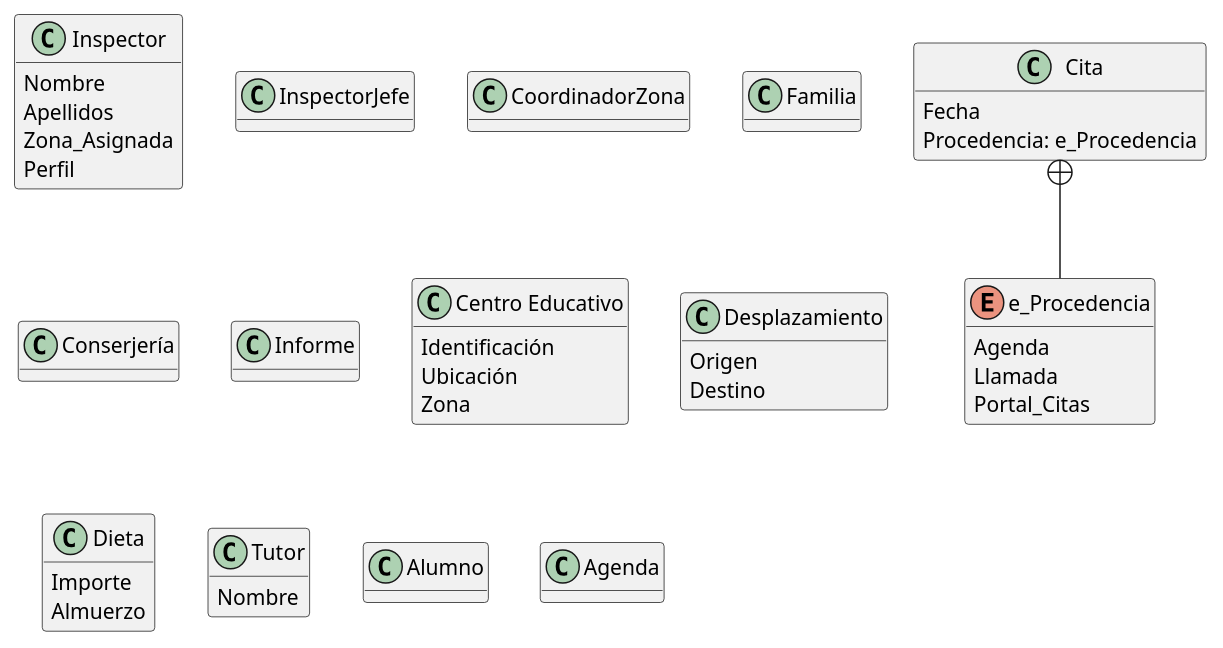
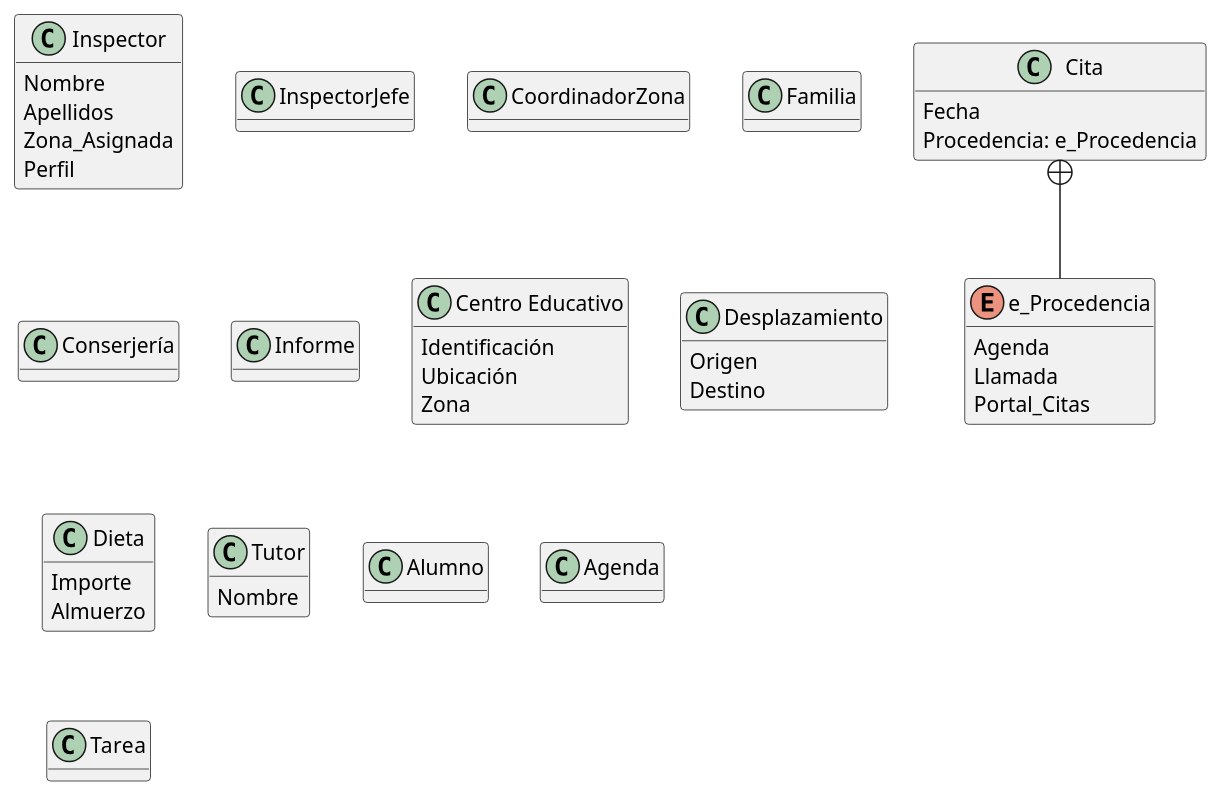
One commit to lorenzomaranon/ProyectoBD_Inspeccion_Educativa changed the diagram in docs/modelado_conceptual.puml. Above: the diagram before and after it, drawn with PlantUML.

Commit message:
Añadida clase Tarea

```diff
--- a/docs/modelado_conceptual.puml
+++ b/docs/modelado_conceptual.puml
@@ -1,74 +1,78 @@
 @startuml
 hide methods
 skinparam ClassAttributeIconSize 0
 
 class Inspector{
     Nombre
     Apellidos
     Zona_Asignada
     Perfil
 }
 
 class InspectorJefe {
 
 }
 
 class CoordinadorZona {
     
 }
 
 class Familia{
 
 }
 
 class Conserjería {
 
 
 }
 
 class Informe {
     
 }
 
 class "Centro Educativo" as CentroEducativo{
     Identificación
     Ubicación
     Zona
 }
 
 class Desplazamiento{
     Origen
     Destino
 }
 
 class Dieta{
     Importe
     Almuerzo
 }
 
 class Cita{
     Fecha
     Procedencia: e_Procedencia
 }
 
 enum e_Procedencia {
     Agenda
     Llamada
     Portal_Citas
 }
 
 Cita +-- e_Procedencia
 
 class Tutor{
     Nombre
 }
 
 class Alumno{
 
 }
 
 class Agenda{
     
 }
 
+class Tarea {
+    
+}
+
 @enduml
```
